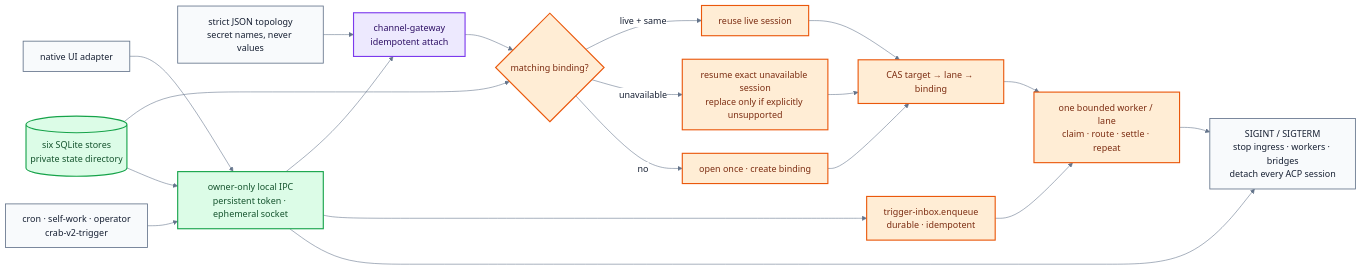
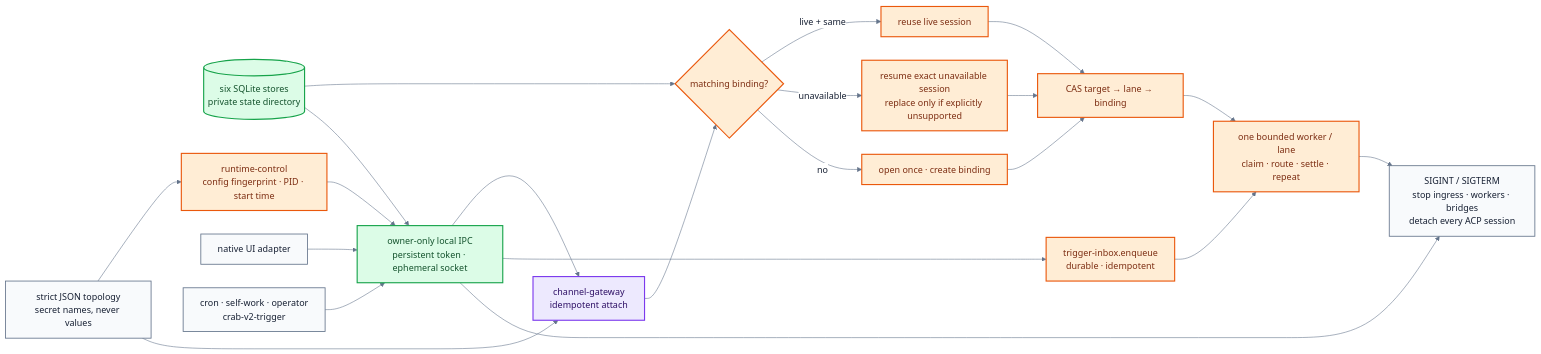
One commit to fontanierh/crab changed the diagram in v2/docs/runtime-startup-flow.mmd. Above: the diagram before and after it, drawn with Mermaid. The commit also changed 30 other files, not shown here.

Commit message:
feat(v2): attest runtime configuration (#288)

```diff
--- a/v2/docs/runtime-startup-flow.mmd
+++ b/v2/docs/runtime-startup-flow.mmd
@@ -1,41 +1,44 @@
 %%{init: {"theme": "base", "themeVariables": {"fontFamily": "ui-sans-serif, system-ui, sans-serif", "primaryTextColor": "#172033", "lineColor": "#64748b", "edgeLabelBackground": "#ffffff"}, "flowchart": {"curve": "basis", "nodeSpacing": 42, "rankSpacing": 54}}}%%
 flowchart LR
     CONFIG["strict JSON topology<br/>secret names, never values"]
     STATE[("six SQLite stores<br/>private state directory")]
     IPC["owner-only local IPC<br/>persistent token · ephemeral socket"]
+    ATTEST["runtime-control<br/>config fingerprint · PID · start time"]
     UI["native UI adapter"]
     TRIGGER["cron · self-work · operator<br/>crab-v2-trigger"]
     ATTACH["channel-gateway<br/>idempotent attach"]
     INBOX["trigger-inbox.enqueue<br/>durable · idempotent"]
     RECOVER{"matching binding?"}
     REUSE["reuse live session"]
     REBIND["resume exact unavailable session<br/>replace only if explicitly unsupported"]
     BIND["open once · create binding"]
     ROUTE["CAS target → lane → binding"]
     WORKER["one bounded worker / lane<br/>claim · route · settle · repeat"]
     SIGNAL["SIGINT / SIGTERM<br/>stop ingress · workers · bridges<br/>detach every ACP session"]
 
+    CONFIG --> ATTEST --> IPC
     CONFIG --> ATTACH
     UI --> IPC --> ATTACH
     TRIGGER --> IPC --> INBOX --> WORKER
     STATE --> RECOVER
     ATTACH --> RECOVER
     RECOVER -->|"live + same"| REUSE
     RECOVER -->|"unavailable"| REBIND
     RECOVER -->|"no"| BIND
     REUSE --> ROUTE
     REBIND --> ROUTE
     BIND --> ROUTE
     ROUTE --> WORKER
     STATE --> IPC
     WORKER --> SIGNAL
     IPC --> SIGNAL
 
     classDef config fill:#f8fafc,stroke:#64748b,stroke-width:1.5px,color:#172033;
     classDef durable fill:#dcfce7,stroke:#16a34a,stroke-width:2px,color:#14532d;
     classDef agent fill:#ede9fe,stroke:#7c3aed,stroke-width:2px,color:#2e1065;
     classDef runtime fill:#ffedd5,stroke:#ea580c,stroke-width:2px,color:#7c2d12;
     class CONFIG,UI,TRIGGER,SIGNAL config;
     class STATE,IPC durable;
+    class ATTEST runtime;
     class ATTACH agent;
     class RECOVER,REUSE,REBIND,BIND,ROUTE,INBOX,WORKER runtime;
```
